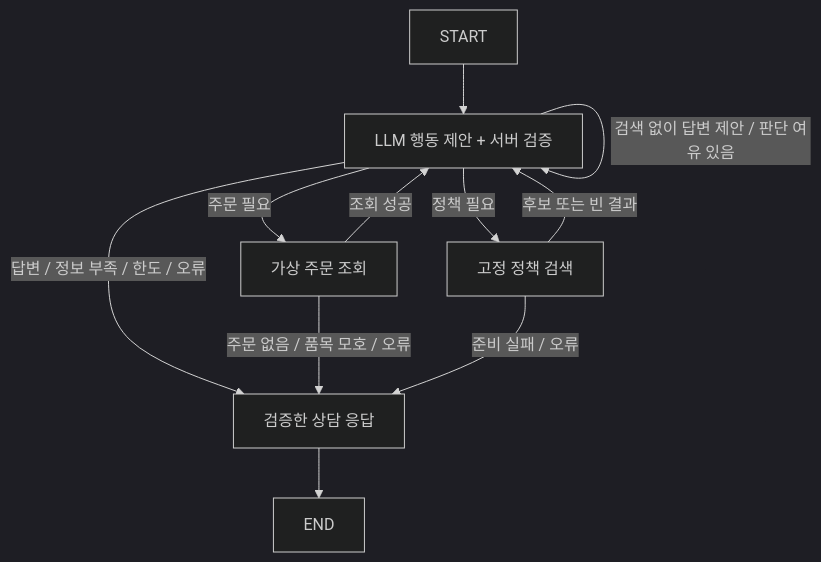
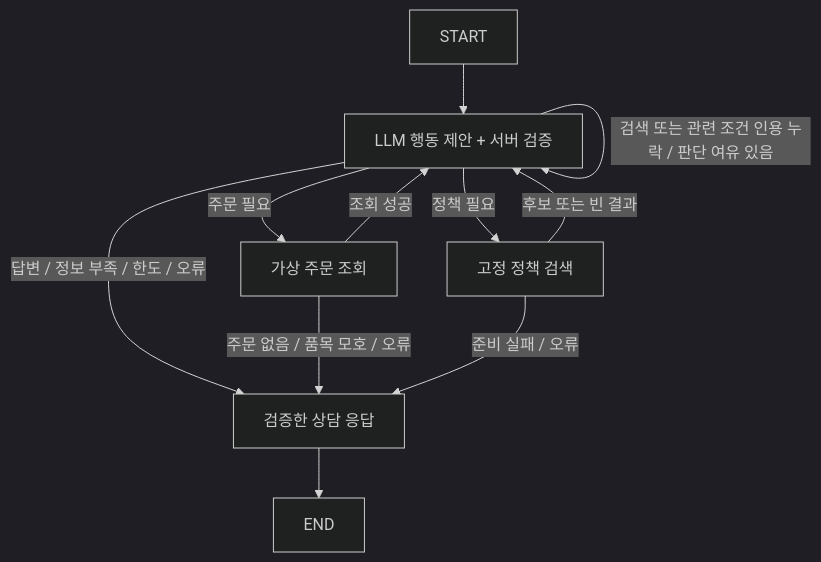
One commit to YH-KIKI/cs_pilot changed the diagram in docs/agent-flow.md. Above: the diagram before and after it, drawn with Mermaid (dark theme). The commit also changed other lines of this file and 33 other files, not shown here.

````diff
--- a/docs/agent-flow.md
+++ b/docs/agent-flow.md
@@ -7,13 +7,13 @@
 ```mermaid
 flowchart TD
   START --> decide[LLM 행동 제안 + 서버 검증]
   decide -->|주문 필요| lookup[가상 주문 조회]
   decide -->|정책 필요| search[고정 정책 검색]
   decide -->|답변 / 정보 부족 / 한도 / 오류| finish[검증한 상담 응답]
-  decide -->|검색 없이 답변 제안 / 판단 여유 있음| decide
+  decide -->|검색 또는 관련 조건 인용 누락 / 판단 여유 있음| decide
   lookup -->|조회 성공| decide
   lookup -->|주문 없음 / 품목 모호 / 오류| finish
   search -->|후보 또는 빈 결과| decide
   search -->|준비 실패 / 오류| finish
   finish --> END
 ```
````
